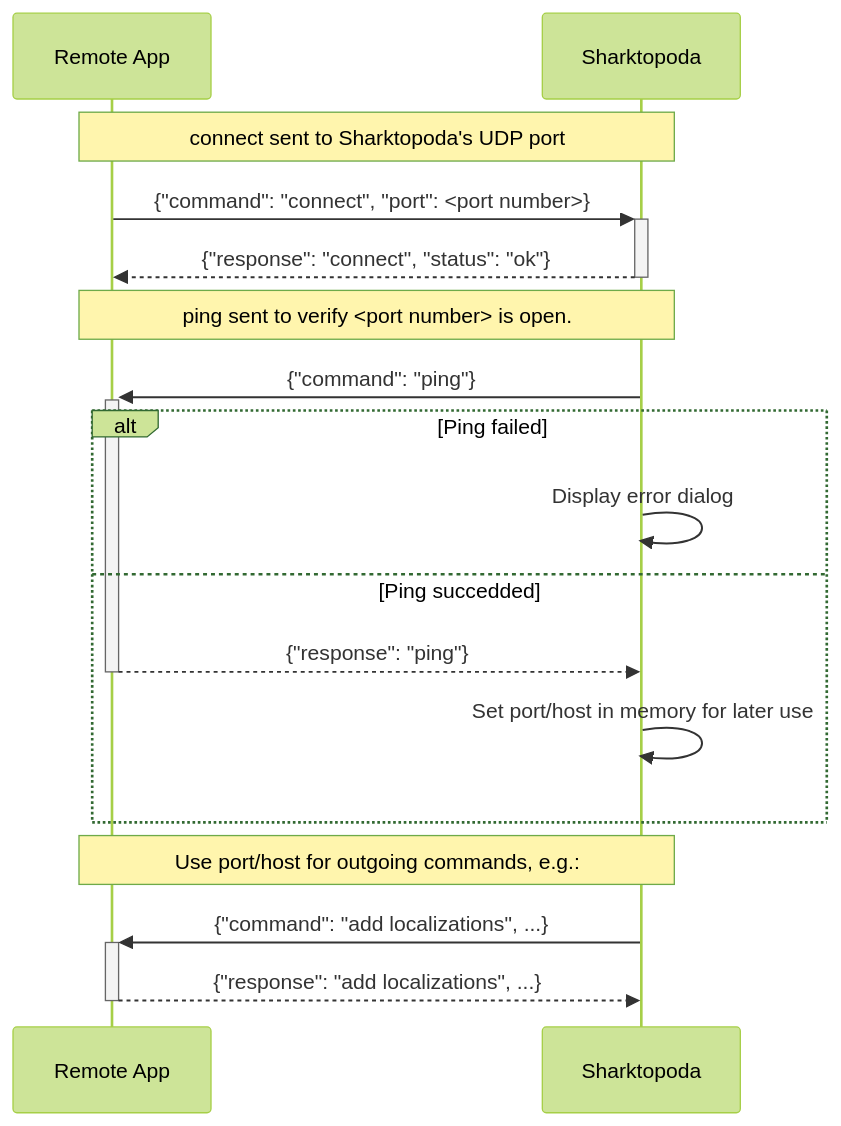
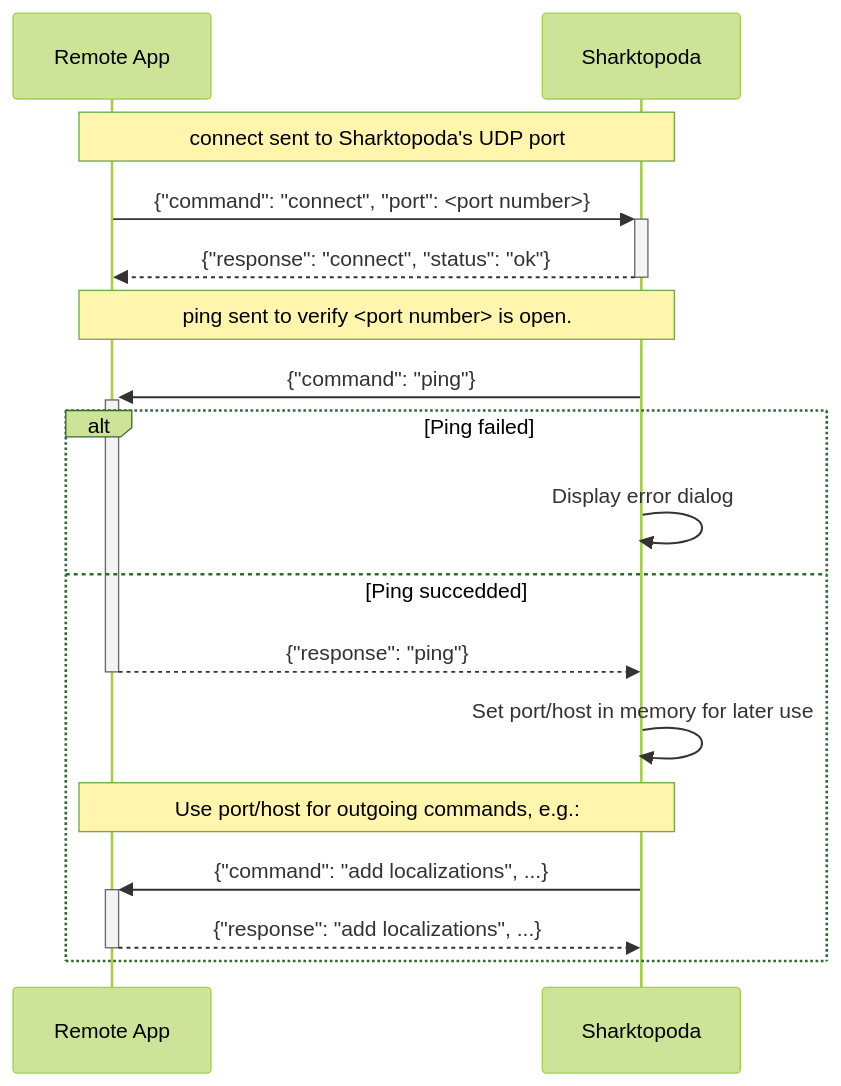
One commit to mbari-org/Sharktopoda1 changed the third of 4 diagrams in docs/requirements/Sharktopoda 2/UDP_Remote_Protocol.md. Above: the diagram before and after it, drawn with Mermaid (forest theme). The commit also changed other lines of this file, not shown here.

````diff
--- a/docs/requirements/Sharktopoda 2/UDP_Remote_Protocol.md
+++ b/docs/requirements/Sharktopoda 2/UDP_Remote_Protocol.md
@@ -74,22 +74,21 @@
  ```mermaid
 sequenceDiagram 
     participant R as Remote App
     participant S as Sharktopoda
 
     Note over R,S: connect sent to Sharktopoda's UDP port
     R->>+S: {"command": "connect", "port": <port number>}
     S-->>-R: {"response": "connect", "status": "ok"}
 
     Note over R,S: ping sent to verify <port number> is open.
     S->>+R: {"command": "ping"}
     alt Ping failed
       S->>S: Display error dialog
     else Ping succedded
       R-->>-S: {"response": "ping"}
       S->>S: Set port/host in memory for later use
+      Note over R,S: Use port/host for outgoing commands, e.g.:
+      S->>+R: {"command": "add localizations", ...}
+      R-->>-S: {"response": "add localizations", ...}
     end
-    Note over R,S: Use port/host for outgoing commands, e.g.:
- 
-    S->>+R: {"command": "add localizations", ...}
-    R-->>-S: {"response": "add localizations", ...}
  ```
````
